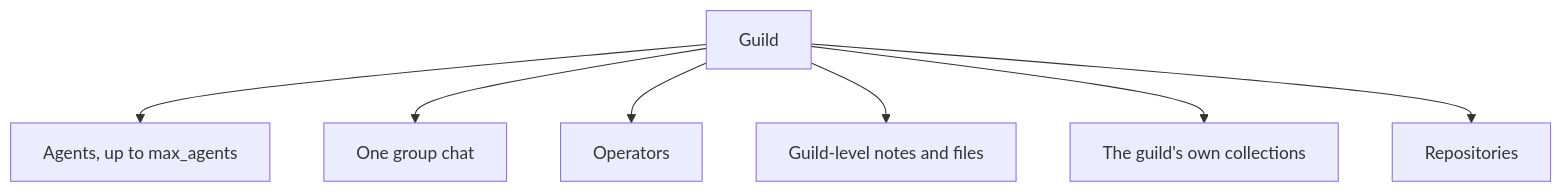
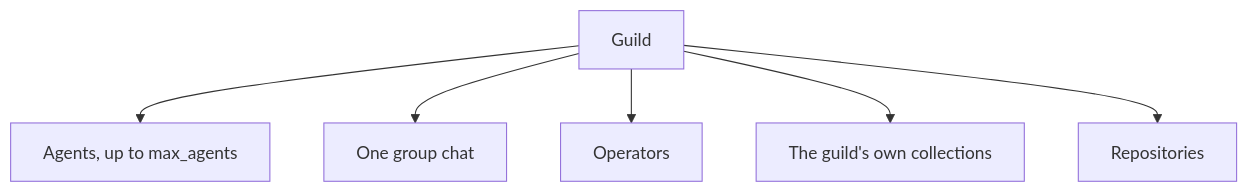
Before and after one commit to CigaleAI/guilds: the diagram in docs/concepts/guilds.md, drawn with Mermaid. The commit also changed other lines of this file and 5 other files, not shown here.

First line of the commit message:
Say that notes and files belong to the organisation on the overview, glossary, and guild pages

````diff
--- a/docs/concepts/guilds.md
+++ b/docs/concepts/guilds.md
@@ -24,9 +25,8 @@
 ```mermaid
 flowchart TD
   guild[Guild] --> agents[Agents, up to max_agents]
   guild --> chat[One group chat]
   guild --> ops[Operators]
-  guild --> notes[Guild-level notes and files]
   guild --> tables[The guild's own collections]
   guild --> repos[Repositories]
 ```
````
